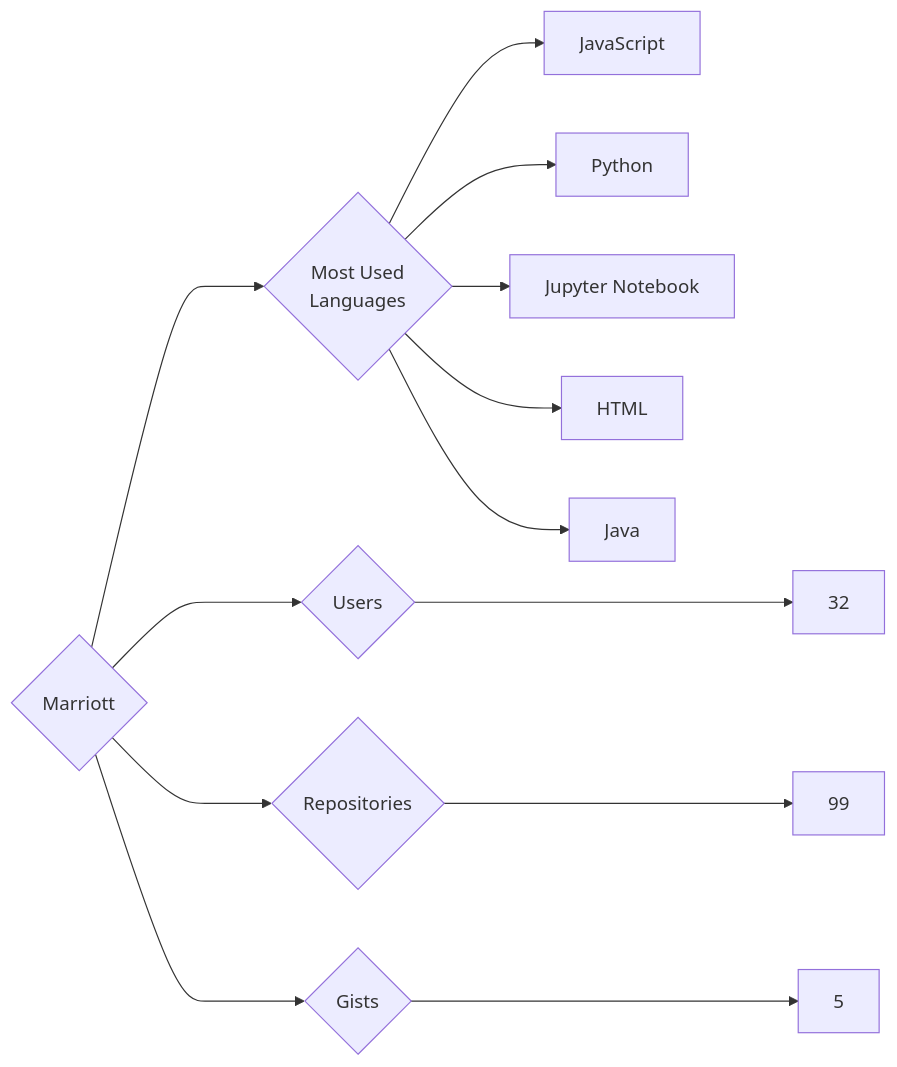
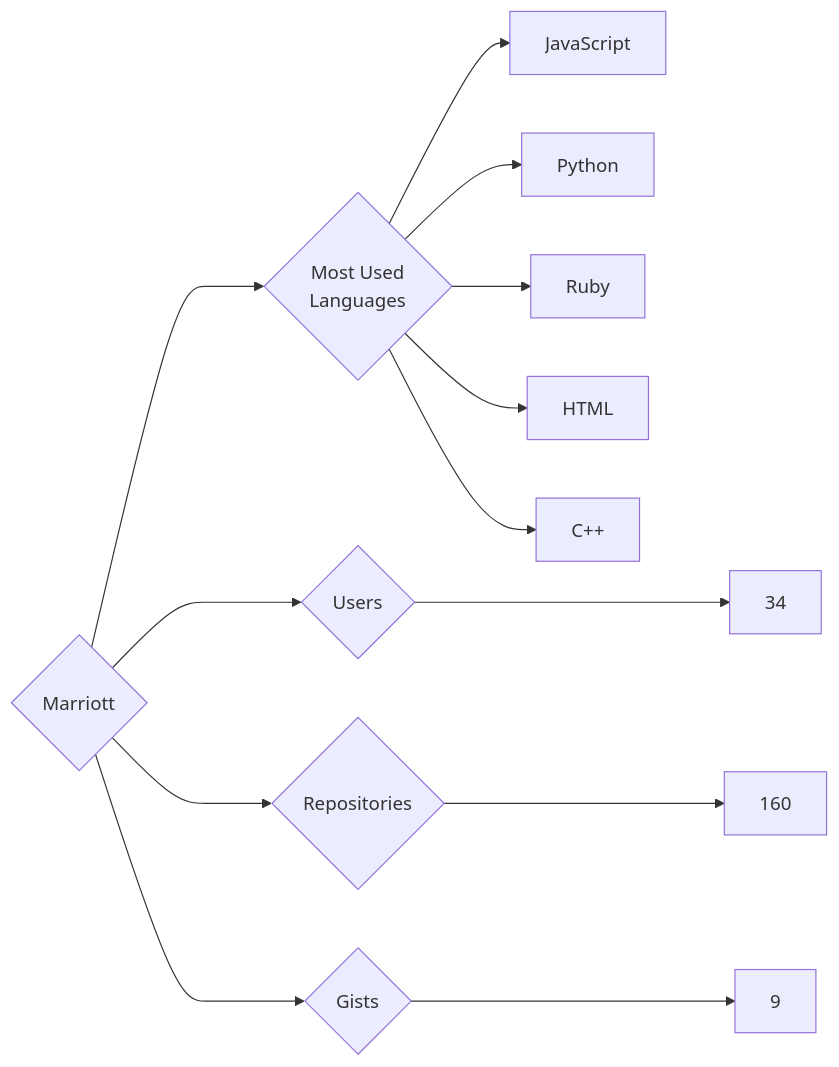
The diagram in targets/Marriott/README.md (trickest/insiders), drawn with Mermaid before and after one commit. The commit also changed 965 other files, not shown here.

````diff
--- a/targets/Marriott/README.md
+++ b/targets/Marriott/README.md
@@ -3,13 +3,13 @@
 ```mermaid
 graph LR
 COMPANY_NAME{Marriott}
-COMPANY_NAME ---> U{Users} ---> UN[32]
-COMPANY_NAME ---> R{Repositories} ---> RN[99]
-COMPANY_NAME ---> G{Gists} ---> GN[5]
+COMPANY_NAME ---> U{Users} ---> UN[34]
+COMPANY_NAME ---> R{Repositories} ---> RN[160]
+COMPANY_NAME ---> G{Gists} ---> GN[9]
 COMPANY_NAME ---> ML{Most Used<br>Languages}
 ML --> JavaScript[JavaScript]
 ML --> Python[Python]
-ML --> Jupyter_Notebook[Jupyter Notebook]
+ML --> Ruby[Ruby]
 ML --> HTML[HTML]
-ML --> Java[Java]
+ML --> C++[C++]
 ```
````
